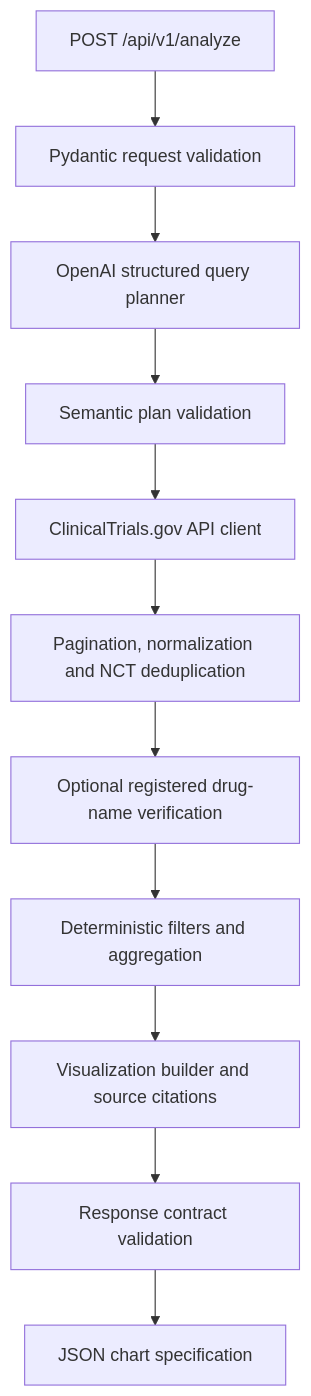
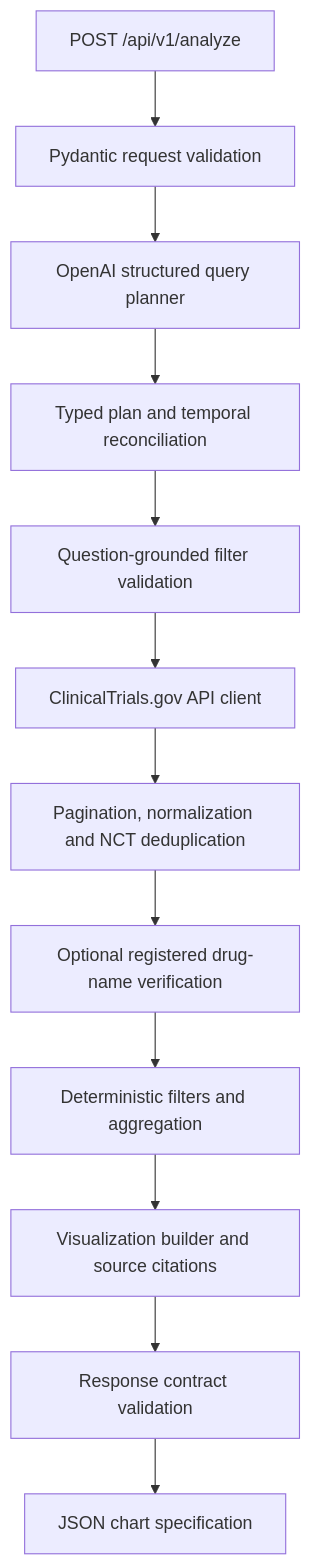
The diagram in README.md (rafigmammadov/clinical-trials-ai-agent), drawn with Mermaid before and after one commit. The commit also changed other lines of this file, not shown here.

Commit message:
docs(readme): document filter grounding and tradeoffs

````diff
--- a/README.md
+++ b/README.md
@@ -9,13 +9,14 @@
 ```mermaid
 flowchart TD
     A[POST /api/v1/analyze] --> B[Pydantic request validation]
     B --> C[OpenAI structured query planner]
-    C --> D[Semantic plan validation]
-    D --> E[ClinicalTrials.gov API client]
+    C --> D[Typed plan and temporal reconciliation]
+    D --> Q[Question-grounded filter validation]
+    Q --> E[ClinicalTrials.gov API client]
     E --> F[Pagination, normalization and NCT deduplication]
     F --> G[Optional registered drug-name verification]
     G --> K[Deterministic filters and aggregation]
     K --> H[Visualization builder and source citations]
     H --> I[Response contract validation]
     I --> J[JSON chart specification]
 ```
````
